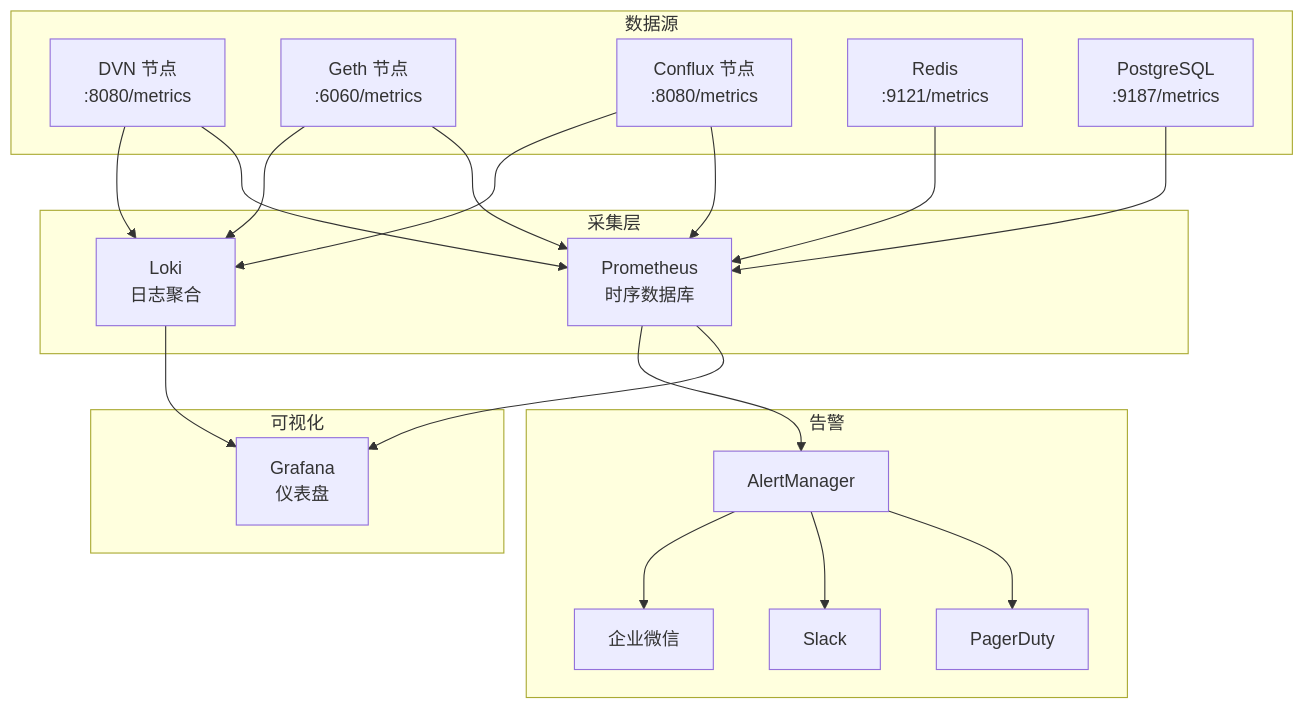
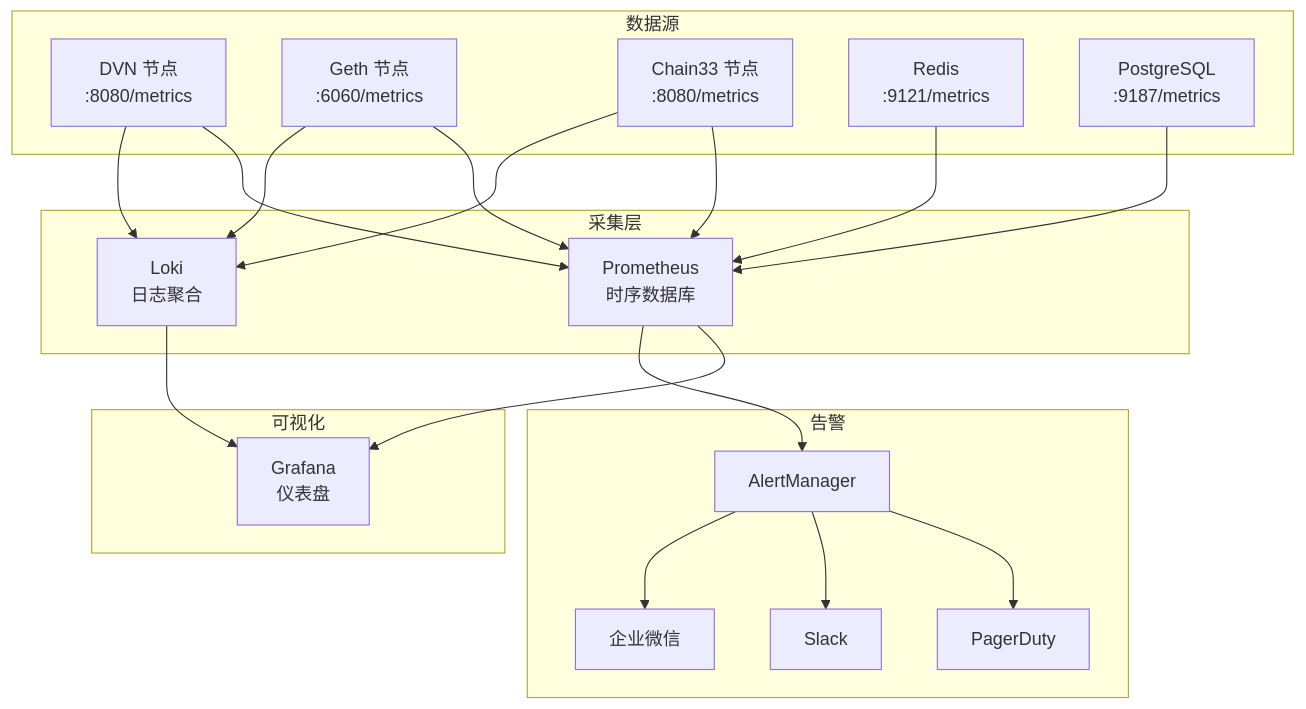
One commit to vipwzw/blockchain-doc changed the first of 3 diagrams in LayerZero_跨链部署方案/07_监控告警.md. Above: the diagram before and after it, drawn with Mermaid. The commit also changed other lines of this file and 9 other files, not shown here.

First line of the commit message:
refactor(LayerZero): 将 Conflux/CFX 替换为 Chain33/Coin33

````diff
--- a/LayerZero_跨链部署方案/07_监控告警.md
+++ b/LayerZero_跨链部署方案/07_监控告警.md
@@ -5,44 +5,44 @@
 ```mermaid
 flowchart TB
     subgraph DataSources["数据源"]
         DVN[DVN 节点<br/>:8080/metrics]
         Geth[Geth 节点<br/>:6060/metrics]
-        Conflux[Conflux 节点<br/>:8080/metrics]
+        Chain33[Chain33 节点<br/>:8080/metrics]
         Redis[Redis<br/>:9121/metrics]
         Postgres[PostgreSQL<br/>:9187/metrics]
     end
 
     subgraph Collection["采集层"]
         Prometheus[Prometheus<br/>时序数据库]
         Loki[Loki<br/>日志聚合]
     end
 
     subgraph Visualization["可视化"]
         Grafana[Grafana<br/>仪表盘]
     end
 
     subgraph Alerting["告警"]
         AlertManager[AlertManager]
         PagerDuty[PagerDuty]
         Slack[Slack]
         WeChat[企业微信]
     end
 
     DVN --> Prometheus
     Geth --> Prometheus
-    Conflux --> Prometheus
+    Chain33 --> Prometheus
     Redis --> Prometheus
     Postgres --> Prometheus
 
     DVN --> Loki
     Geth --> Loki
-    Conflux --> Loki
+    Chain33 --> Loki
 
     Prometheus --> Grafana
     Loki --> Grafana
     Prometheus --> AlertManager
 
     AlertManager --> PagerDuty
     AlertManager --> Slack
     AlertManager --> WeChat
 ```
````
